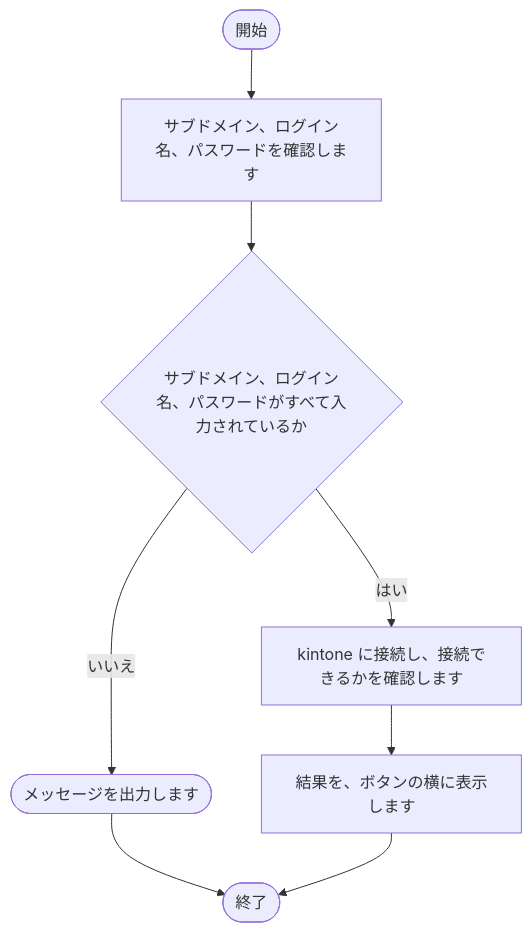
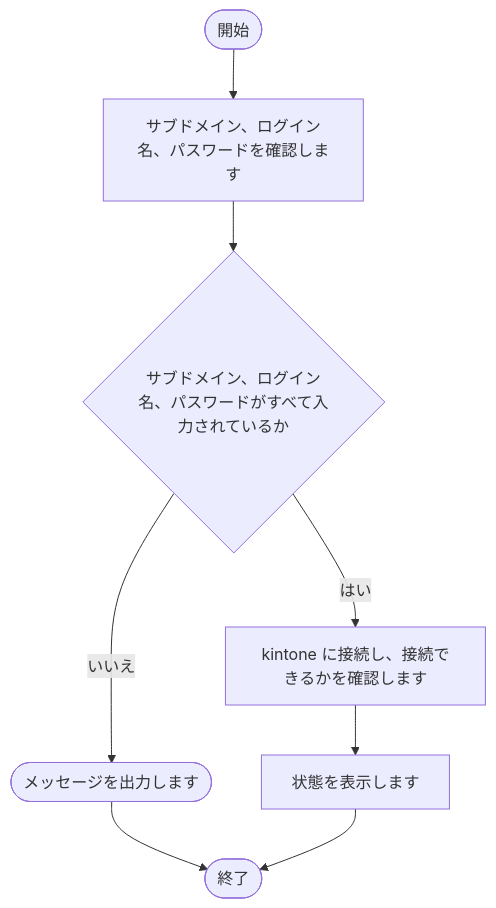
Before and after one commit to nishida2073/project_management: diagram 17 of 28 in tool/track-aggregator/doc/02_設計/処理フロー.md, drawn with Mermaid. The commit also changed other lines of this file and 19 other files, not shown here.

````diff
--- a/tool/track-aggregator/doc/02_設計/処理フロー.md
+++ b/tool/track-aggregator/doc/02_設計/処理フロー.md
@@ -437,17 +453,17 @@
 ```mermaid
 flowchart TD
     S(["開始"])
     E(["終了"])
     N1["サブドメイン、ログイン名、パスワードを確認します"]
     S --> N1
     N2{"サブドメイン、ログイン名、パスワードがすべて入力されているか"}
     N1 --> N2
     X2(["メッセージを出力します"])
     N2 -- いいえ --> X2
     X2 --> E
     N3["kintone に接続し、接続できるかを確認します"]
     N2 -- はい --> N3
-    N4["結果を、ボタンの横に表示します"]
+    N4["状態を表示します"]
     N3 --> N4
     N4 --> E
 ```
````
